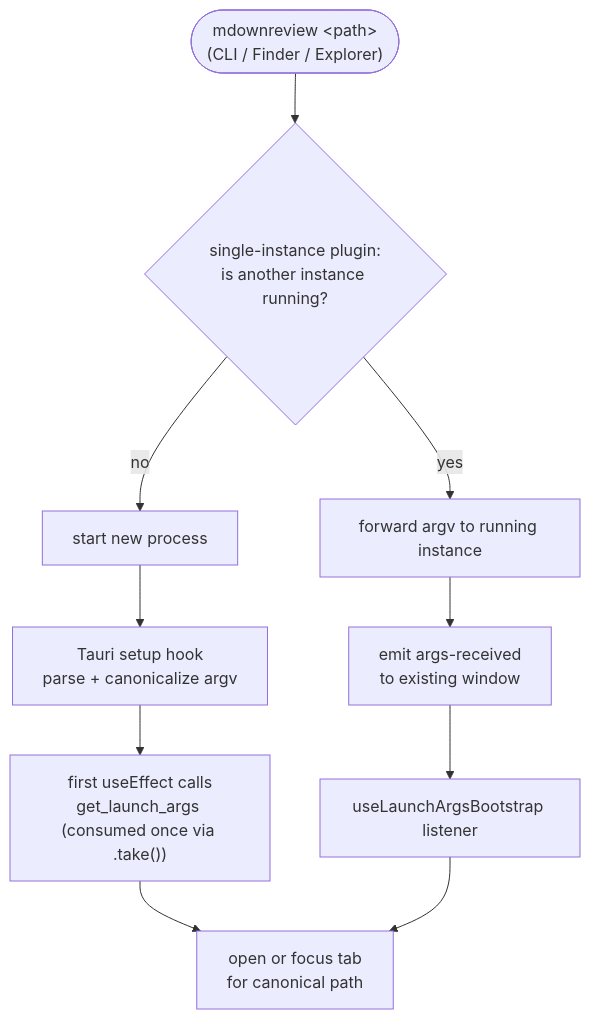
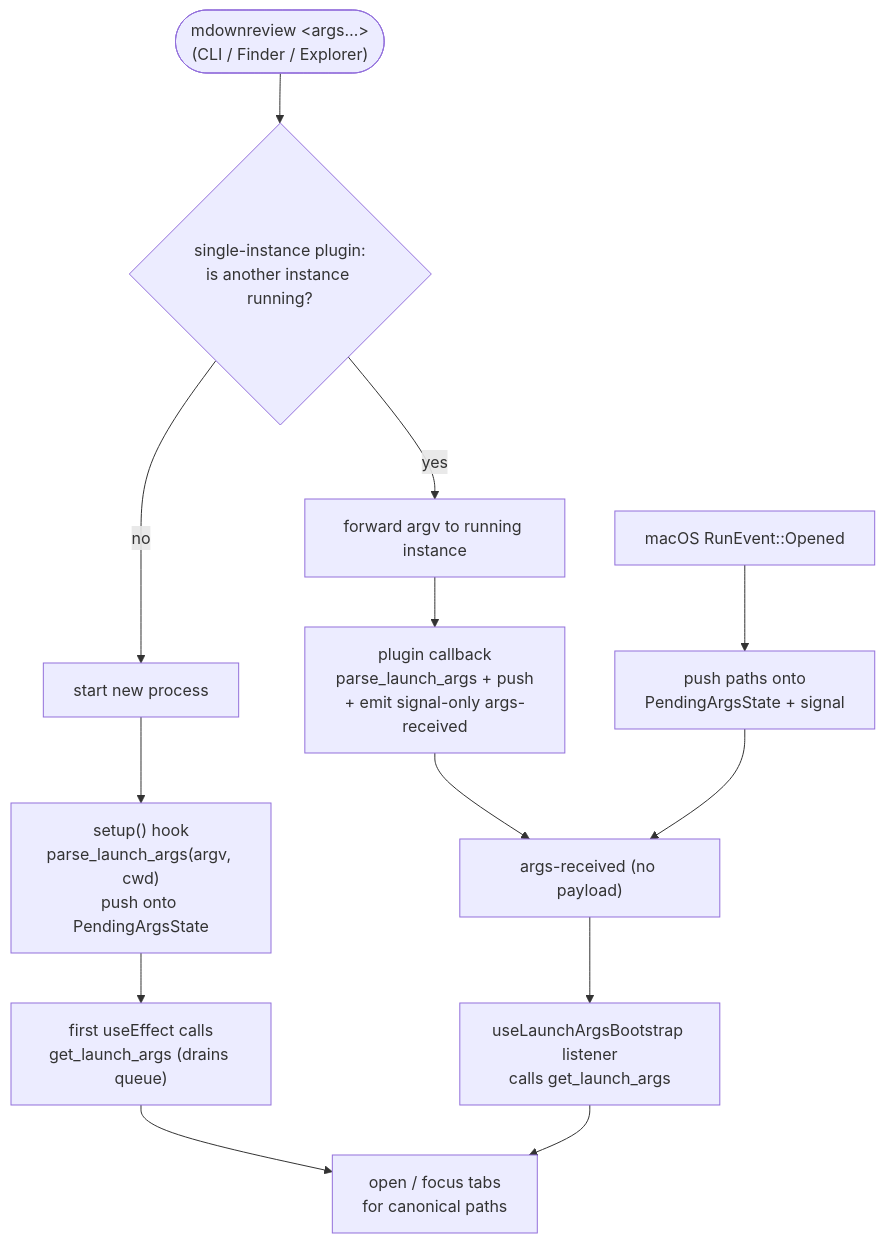
The diagram in docs/features/cli-and-associations.md (dryotta/mdownreview), drawn with Mermaid before and after one commit. The commit also changed other lines of this file and 25 other files, not shown here.

````diff
--- a/docs/features/cli-and-associations.md
+++ b/docs/features/cli-and-associations.md
@@ -15,12 +34,15 @@
 ```mermaid
 flowchart TD
-    Launch(["mdownreview &lt;path&gt;<br/>(CLI / Finder / Explorer)"]) --> SI{"single-instance plugin:<br/>is another instance running?"}
+    Launch(["mdownreview &lt;args…&gt;<br/>(CLI / Finder / Explorer)"]) --> SI{"single-instance plugin:<br/>is another instance running?"}
     SI -- "no" --> Spawn["start new process"]
     SI -- "yes" --> Forward["forward argv to running instance"]
-    Spawn --> Init["Tauri setup hook<br/>parse + canonicalize argv"]
-    Forward --> ArgsEvt["emit args-received<br/>to existing window"]
-    Init --> First["first useEffect calls<br/>get_launch_args (consumed once via .take())"]
-    ArgsEvt --> Listener["useLaunchArgsBootstrap listener"]
-    First --> Open["open or focus tab<br/>for canonical path"]
+    Spawn --> Init["setup() hook<br/>parse_launch_args(argv, cwd)<br/>push onto PendingArgsState"]
+    Forward --> Push2["plugin callback<br/>parse_launch_args + push<br/>+ emit signal-only args-received"]
+    Push2 --> ArgsEvt["args-received (no payload)"]
+    Mac["macOS RunEvent::Opened"] --> Push3["push paths onto<br/>PendingArgsState + signal"]
+    Push3 --> ArgsEvt
+    Init --> First["first useEffect calls<br/>get_launch_args (drains queue)"]
+    ArgsEvt --> Listener["useLaunchArgsBootstrap listener<br/>calls get_launch_args"]
+    First --> Open["open / focus tabs<br/>for canonical paths"]
     Listener --> Open
 ```
````
